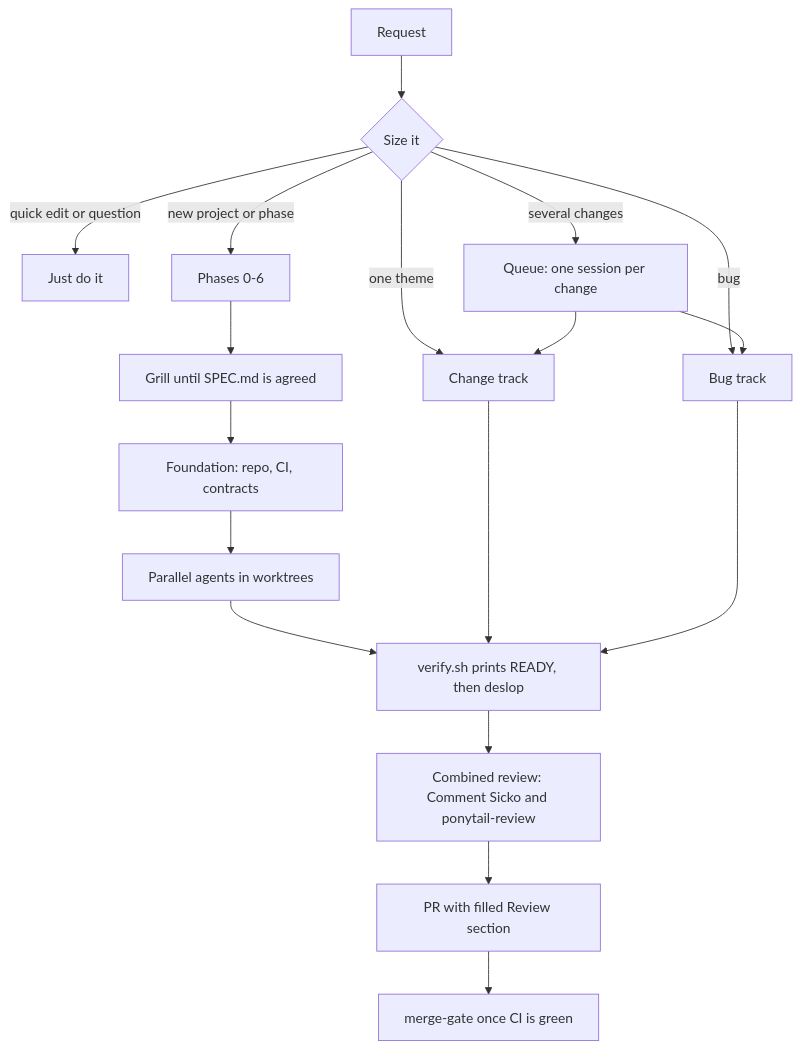
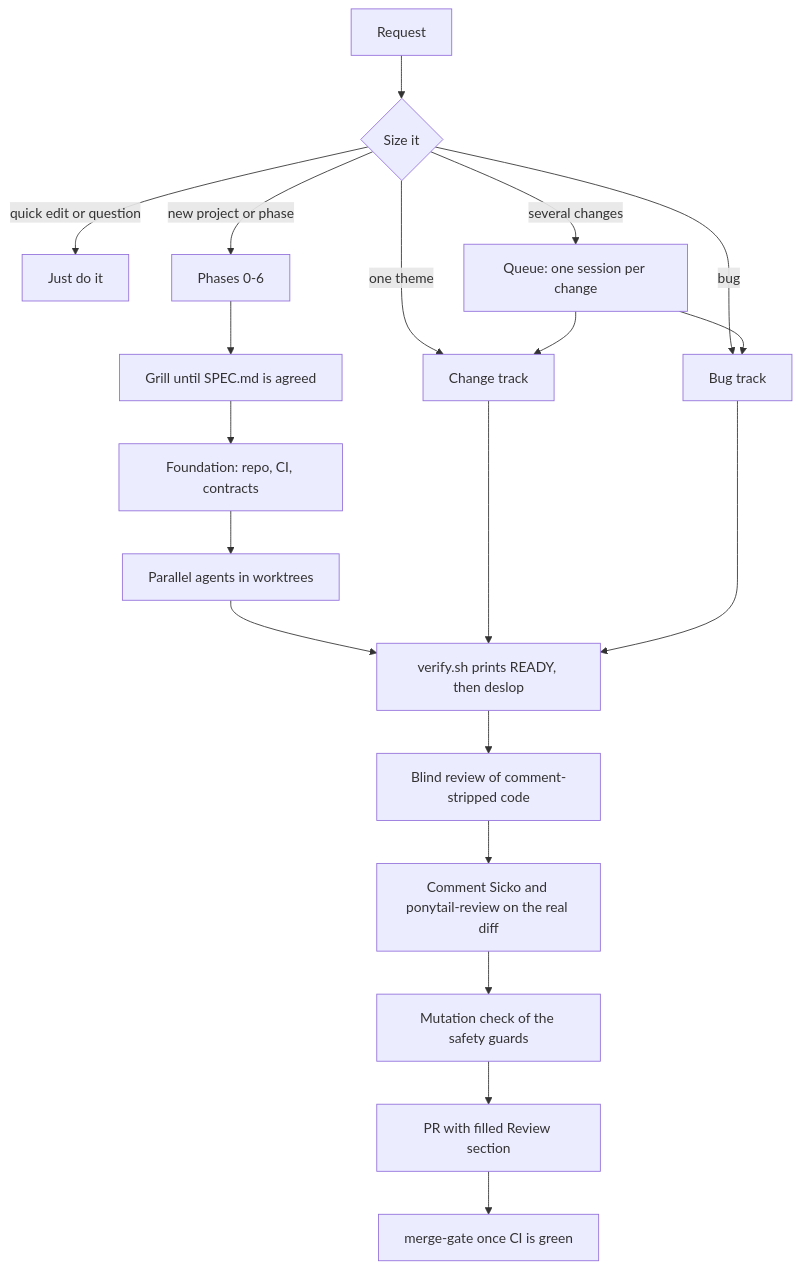
Before and after one commit to owenbonc/orchestrator-skill: the diagram in README.md, drawn with Mermaid. The commit also changed other lines of this file and 12 other files, not shown here.

Commit message:
Blind review, mutation check and models by condition, plus what applyr's slice 2c Ship stage showed: exercise what the harness emulates, merge the end-to-end suite before fixes, commit by path as you go, keep failing checks SPEC describes, stop servers by port

````diff
--- a/README.md
+++ b/README.md
@@ -9,20 +9,22 @@
 ```mermaid
 flowchart TD
     R[Request] --> S{Size it}
     S -->|quick edit or question| D[Just do it]
     S -->|one theme| C[Change track]
     S -->|bug| B[Bug track]
     S -->|several changes| Q[Queue: one session per change]
     S -->|new project or phase| P[Phases 0-6]
     Q --> C
     Q --> B
     P --> G[Grill until SPEC.md is agreed]
     G --> F[Foundation: repo, CI, contracts]
     F --> A[Parallel agents in worktrees]
     A --> V
     C --> V
     B --> V
-    V[verify.sh prints READY, then deslop] --> RV[Combined review: Comment Sicko and ponytail-review]
-    RV --> PR[PR with filled Review section]
+    V[verify.sh prints READY, then deslop] --> BL[Blind review of comment-stripped code]
+    BL --> RV[Comment Sicko and ponytail-review on the real diff]
+    RV --> MU[Mutation check of the safety guards]
+    MU --> PR[PR with filled Review section]
     PR --> M[merge-gate once CI is green]
 ```
````
